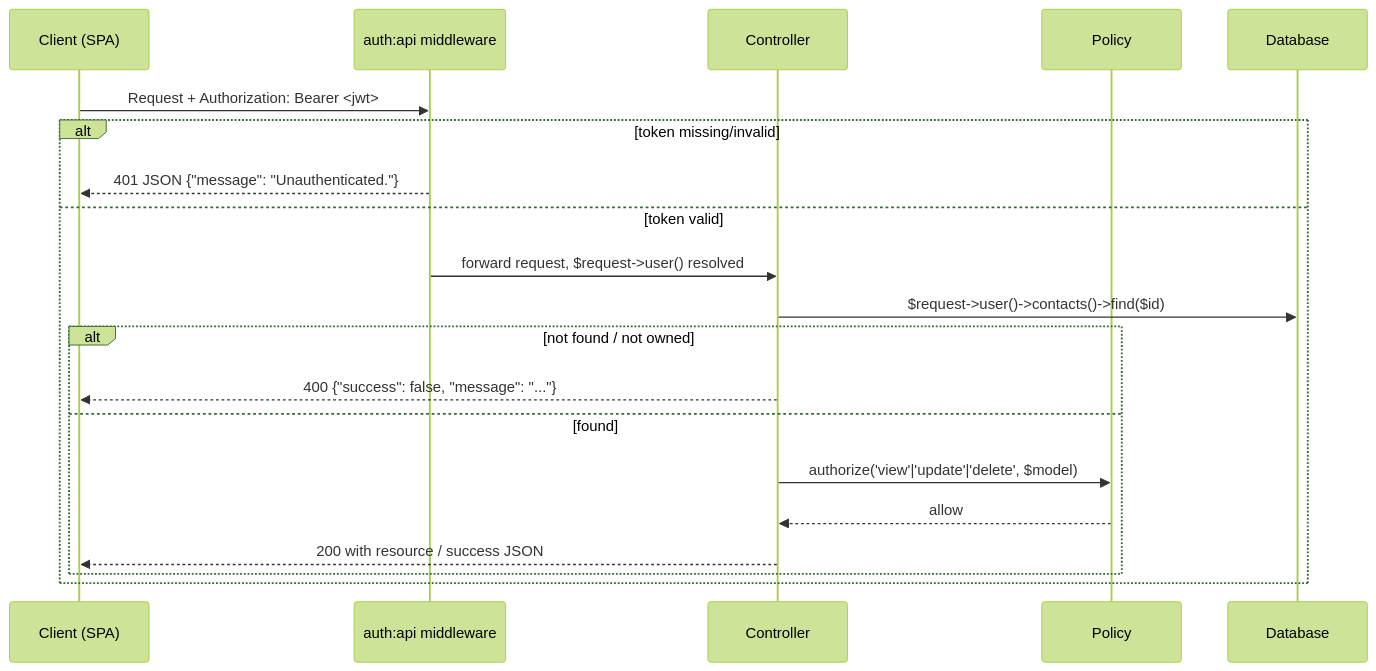
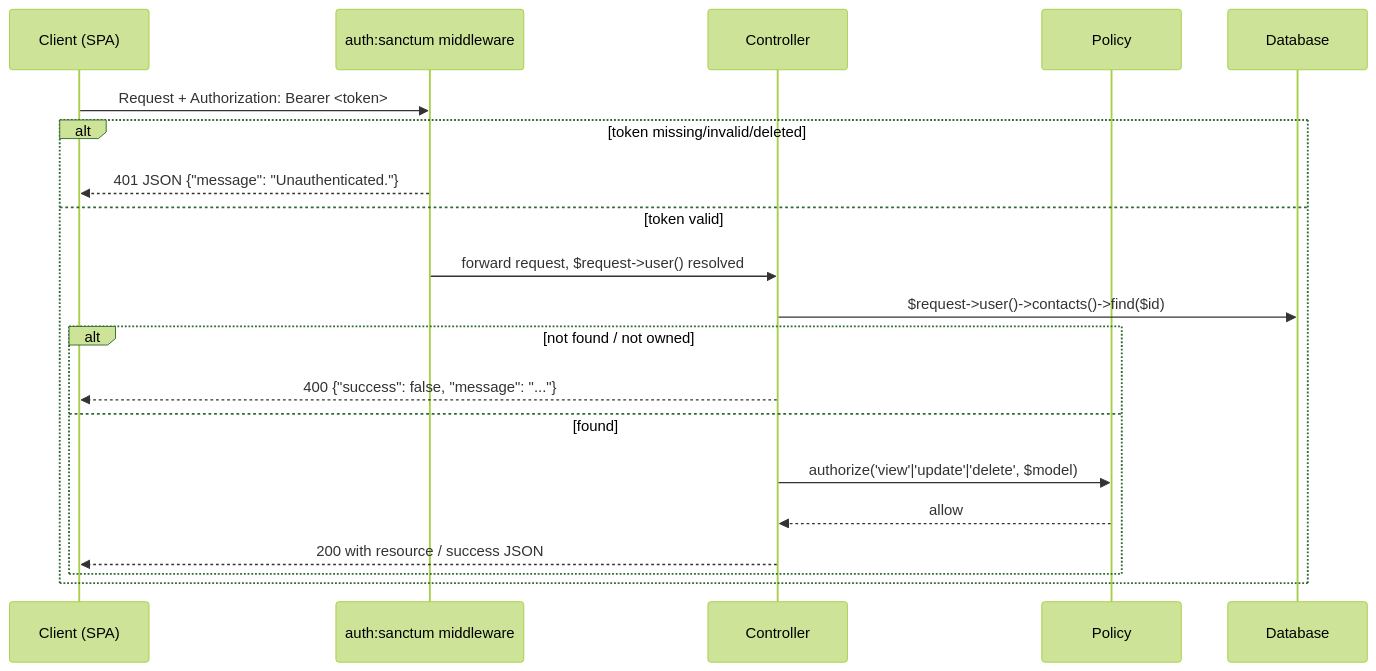
One commit to RaihanulHoque/realestate_appointment changed the third of 4 diagrams in docs/DEVELOPER_GUIDE.md. Above: the diagram before and after it, drawn with Mermaid (forest theme). The commit also changed other lines of this file and 24 other files, not shown here.

````diff
--- a/docs/DEVELOPER_GUIDE.md
+++ b/docs/DEVELOPER_GUIDE.md
@@ -214,23 +218,23 @@
 ```mermaid
 sequenceDiagram
     participant C as Client (SPA)
-    participant MW as auth:api middleware
+    participant MW as auth:sanctum middleware
     participant Ctrl as Controller
     participant Pol as Policy
     participant DB as Database
 
-    C->>MW: Request + Authorization: Bearer <jwt>
-    alt token missing/invalid
+    C->>MW: Request + Authorization: Bearer <token>
+    alt token missing/invalid/deleted
         MW-->>C: 401 JSON {"message": "Unauthenticated."}
     else token valid
         MW->>Ctrl: forward request, $request->user() resolved
         Ctrl->>DB: $request->user()->contacts()->find($id)
         alt not found / not owned
             Ctrl-->>C: 400 {"success": false, "message": "..."}
         else found
             Ctrl->>Pol: authorize('view'|'update'|'delete', $model)
             Pol-->>Ctrl: allow
             Ctrl-->>C: 200 with resource / success JSON
         end
     end
 ```
````
